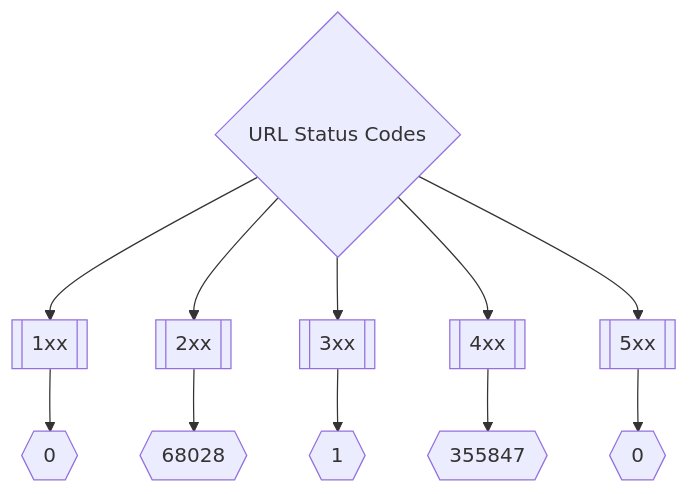
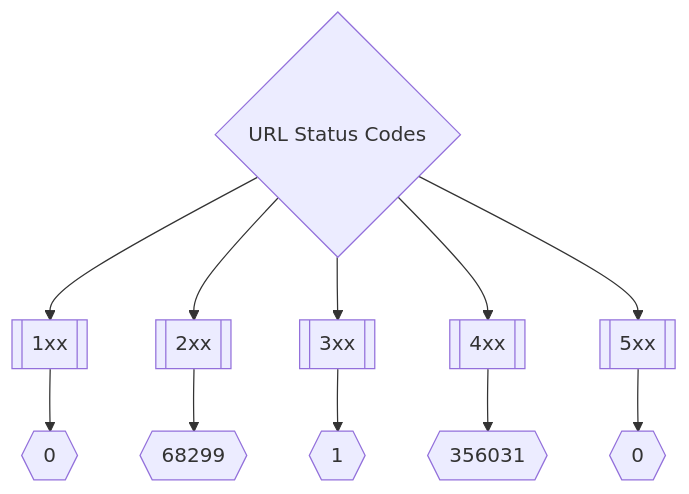
The second of 3 diagrams in README.md (trickest/inventory), drawn with Mermaid before and after one commit. The commit also changed other lines of this file, not shown here.

Commit message:
Update Wed Apr 27 02:04:18 UTC 2022

````diff
--- a/README.md
+++ b/README.md
@@ -173,8 +173,8 @@
 ```mermaid
 graph TD
 title{URL Status Codes} --> 1xx[[1xx]] --> status1xxNum{{0}}
-title --> 2xx[[2xx]] --> status2xxNum{{68028}}
+title --> 2xx[[2xx]] --> status2xxNum{{68299}}
 title --> 3xx[[3xx]] --> status3xxNum{{1}}
-title --> 4xx[[4xx]] --> status4xxNum{{355847}}
+title --> 4xx[[4xx]] --> status4xxNum{{356031}}
 title --> 5xx[[5xx]] --> status5xxNum{{0}}
 ```
````
